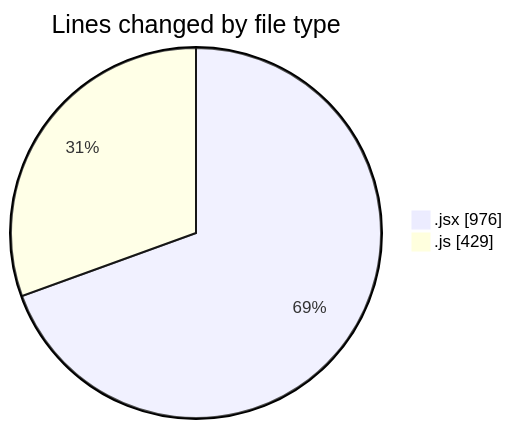
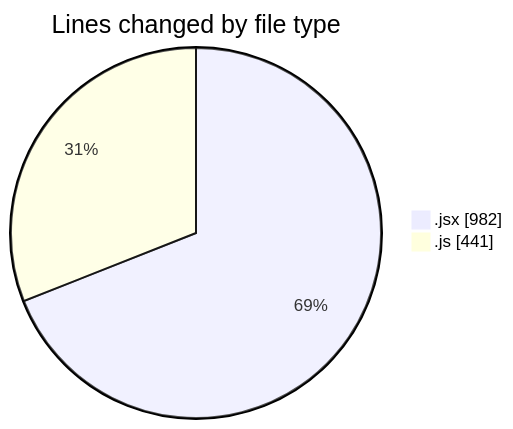
Before and after one commit to nxtqubesakshisongat/code-tracking: the first of 2 diagrams in 2025-06-30/argos/README.md, drawn with Mermaid. The commit also changed other lines of this file and 1 other file, not shown here.

````diff
--- a/2025-06-30/argos/README.md
+++ b/2025-06-30/argos/README.md
@@ -25,6 +25,6 @@
 ```mermaid
 pie showData
 title Lines changed by file type
-".jsx" : 976
-".js" : 429
+".jsx" : 982
+".js" : 441
 ```
````
